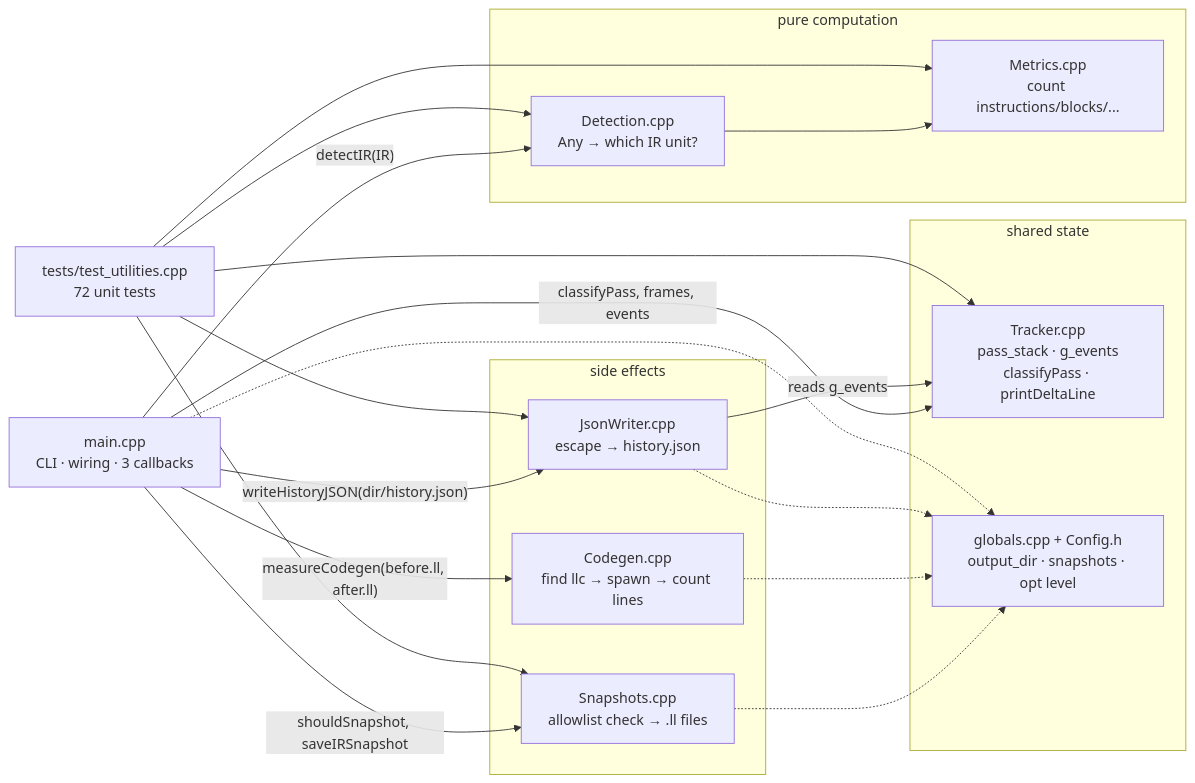
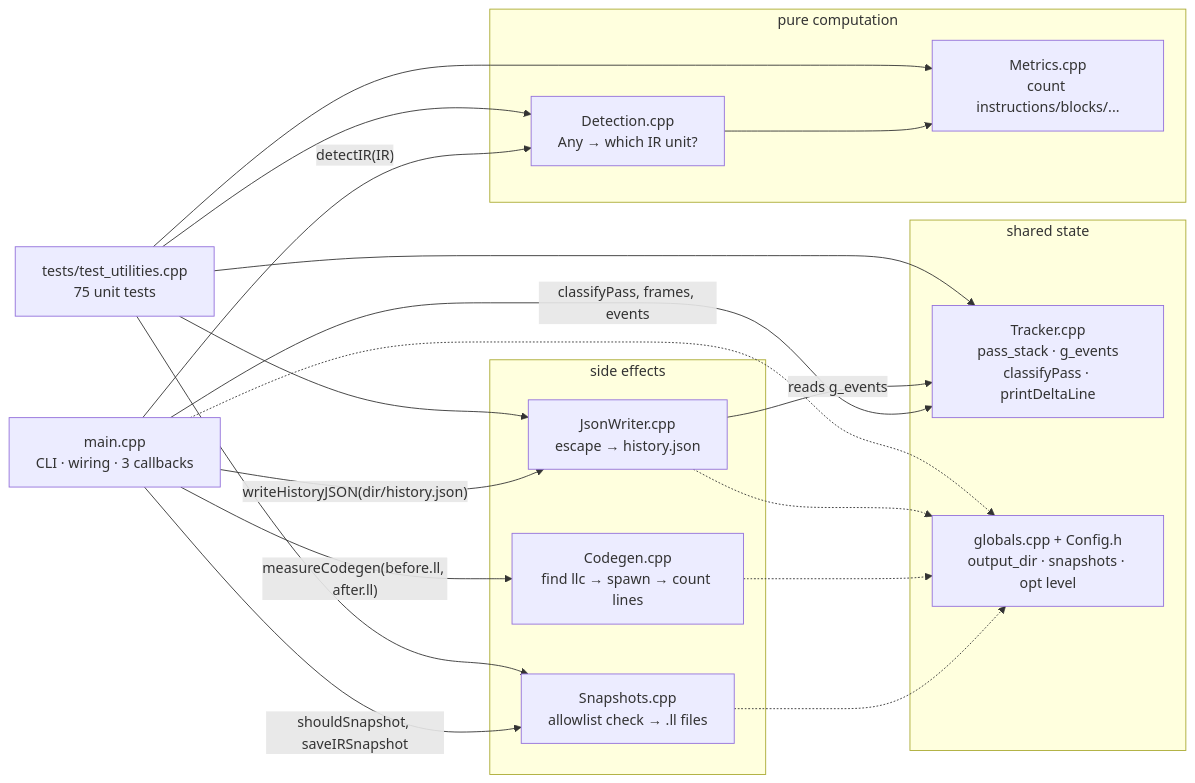
Before and after one commit to rithesh-4/LPTA: the third of 3 diagrams in docs/architecture/DATA_FLOW.md, drawn with Mermaid. The commit also changed 2 other files, not shown here.

Commit message:
Docs: unit test count 72 -> 75

````diff
--- a/docs/architecture/DATA_FLOW.md
+++ b/docs/architecture/DATA_FLOW.md
@@ -125,39 +125,39 @@
 ```mermaid
 flowchart LR
     MAIN["main.cpp<br/>CLI · wiring · 3 callbacks"]
 
     subgraph COMPUTE["pure computation"]
         DETC["Detection.cpp<br/>Any → which IR unit?"]
         METC["Metrics.cpp<br/>count instructions/blocks/..."]
     end
 
     subgraph STATE["shared state"]
         TRK["Tracker.cpp<br/>pass_stack · g_events<br/>classifyPass · printDeltaLine"]
         GLB["globals.cpp + Config.h<br/>output_dir · snapshots · opt level"]
     end
 
     subgraph SIDE["side effects"]
         SNAP["Snapshots.cpp<br/>allowlist check → .ll files"]
         CODE["Codegen.cpp<br/>find llc → spawn → count lines"]
         JW["JsonWriter.cpp<br/>escape → history.json"]
     end
 
-    TEST["tests/test_utilities.cpp<br/>72 unit tests"]
+    TEST["tests/test_utilities.cpp<br/>75 unit tests"]
 
     MAIN -->|"detectIR(IR)"| DETC
     DETC --> METC
     MAIN -->|"classifyPass, frames, events"| TRK
     MAIN -->|"shouldSnapshot, saveIRSnapshot"| SNAP
     MAIN -->|"measureCodegen(before.ll, after.ll)"| CODE
     MAIN -->|"writeHistoryJSON(dir/history.json)"| JW
     JW -->|"reads g_events"| TRK
     SNAP -.-> GLB
     CODE -.-> GLB
     JW -.-> GLB
     MAIN -.-> GLB
     TEST --> METC
     TEST --> TRK
     TEST --> JW
     TEST --> SNAP
     TEST --> DETC
 ```
````
